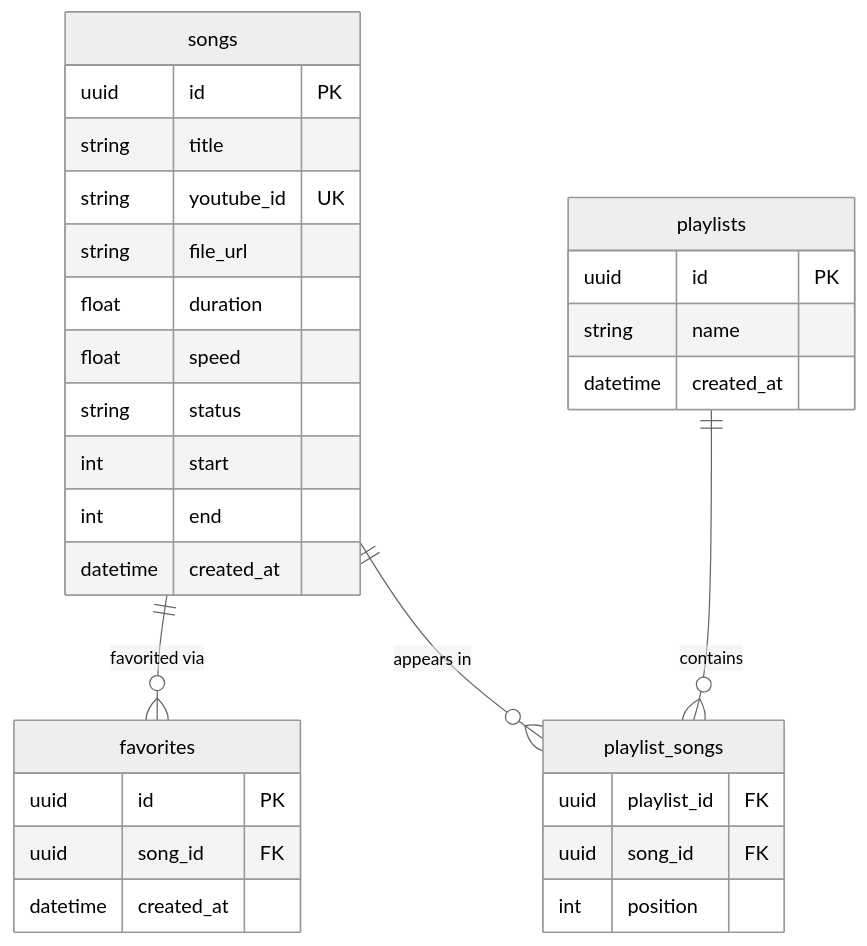
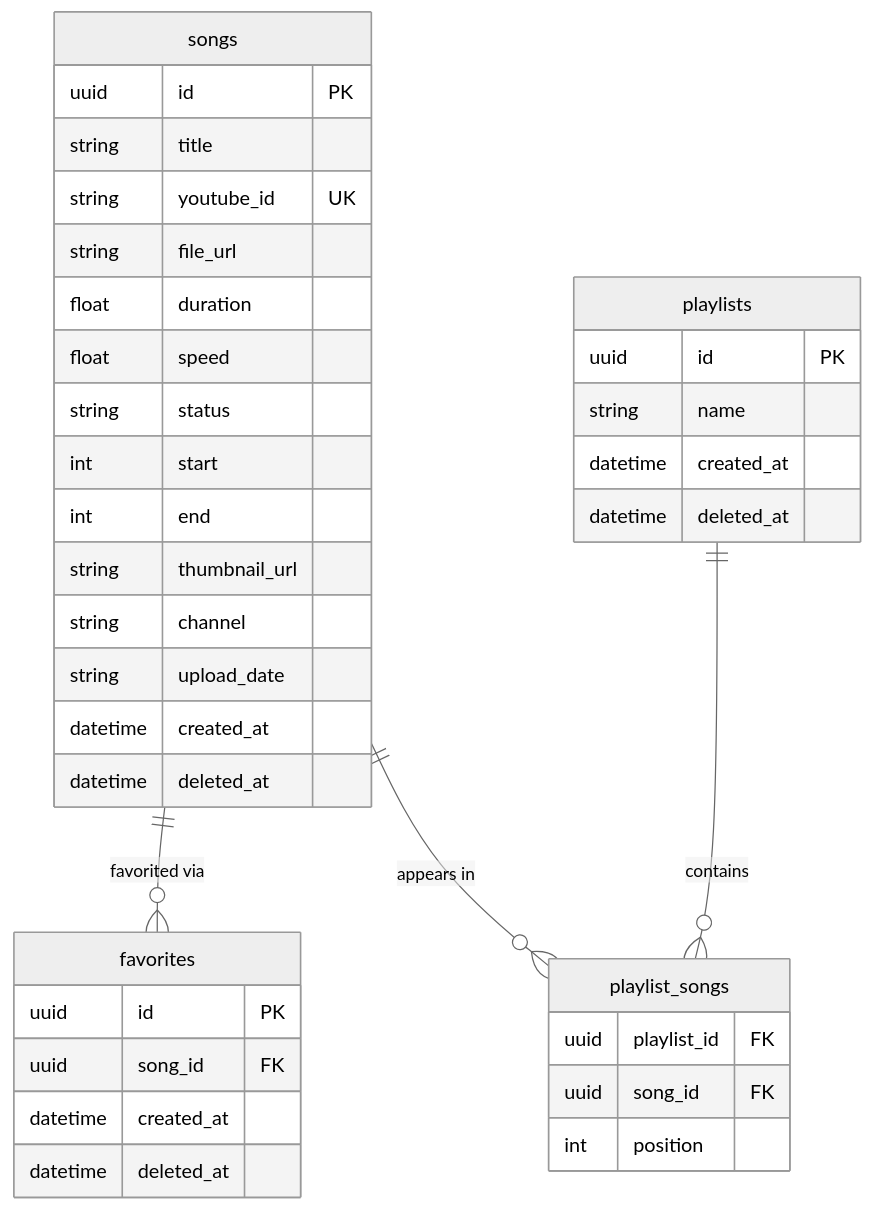
The fifth of 6 diagrams in docs/ARCHITECTURE.md (KarthikUdyawar/melo), drawn with Mermaid (neutral theme) before and after one commit. The commit also changed other lines of this file and 18 other files, not shown here.

First line of the commit message:
feat: Update architecture and API to support soft deletes and additional metadata

````diff
--- a/docs/ARCHITECTURE.md
+++ b/docs/ARCHITECTURE.md
@@ -150,37 +150,43 @@
 ```mermaid
 erDiagram
     songs {
-        uuid    id          PK
-        string  title
-        string  youtube_id  UK
-        string  file_url
-        float   duration
-        float   speed
-        string  status
-        int     start
-        int     end
+        uuid     id           PK
+        string   title
+        string   youtube_id   UK
+        string   file_url
+        float    duration
+        float    speed
+        string   status
+        int      start
+        int      end
+        string   thumbnail_url
+        string   channel
+        string   upload_date
         datetime created_at
+        datetime deleted_at
     }
 
     favorites {
-        uuid    id          PK
-        uuid    song_id     FK
+        uuid     id           PK
+        uuid     song_id      FK
         datetime created_at
+        datetime deleted_at
     }
 
     playlists {
-        uuid    id          PK
-        string  name
+        uuid     id           PK
+        string   name
         datetime created_at
+        datetime deleted_at
     }
 
     playlist_songs {
-        uuid    playlist_id FK
-        uuid    song_id     FK
-        int     position
+        uuid     playlist_id  FK
+        uuid     song_id      FK
+        int      position
     }
 
     songs ||--o{ favorites       : "favorited via"
     songs ||--o{ playlist_songs  : "appears in"
     playlists ||--o{ playlist_songs : "contains"
 ```
````
